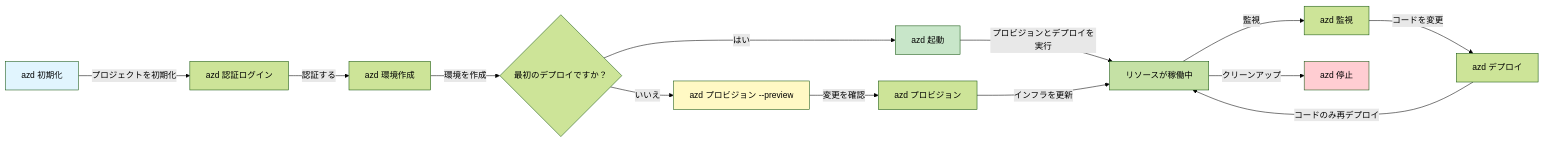
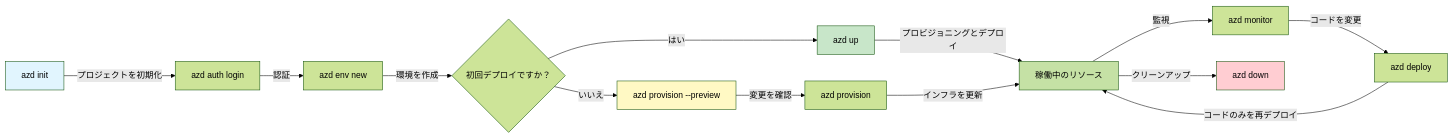
One commit to microsoft/AZD-for-beginners changed the first of 2 diagrams in translations/ja/docs/chapter-01-foundation/azd-basics.md. Above: the diagram before and after it, drawn with Mermaid (forest theme). The commit also changed other lines of this file and 101 other files, not shown here.

````diff
--- a/translations/ja/docs/chapter-01-foundation/azd-basics.md
+++ b/translations/ja/docs/chapter-01-foundation/azd-basics.md
@@ -269,21 +271,21 @@
 ```mermaid
 graph LR
-    A[azd 初期化] -->|プロジェクトを初期化| B[azd 認証ログイン]
-    B -->|認証する| C[azd 環境作成]
-    C -->|環境を作成| D{最初のデプロイですか？}
-    D -->|はい| E[azd 起動]
-    D -->|いいえ| F[azd プロビジョン --preview]
-    F -->|変更を確認| G[azd プロビジョン]
-    E -->|プロビジョンとデプロイを実行| H[リソースが稼働中]
+    A[azd init] -->|プロジェクトを初期化| B[azd auth login]
+    B -->|認証| C[azd env new]
+    C -->|環境を作成| D{初回デプロイですか？}
+    D -->|はい| E[azd up]
+    D -->|いいえ| F[azd provision --preview]
+    F -->|変更を確認| G[azd provision]
+    E -->|プロビジョニングとデプロイ| H[稼働中のリソース]
     G -->|インフラを更新| H
-    H -->|監視| I[azd 監視]
-    I -->|コードを変更| J[azd デプロイ]
-    J -->|コードのみ再デプロイ| H
-    H -->|クリーンアップ| K[azd 停止]
+    H -->|監視| I[azd monitor]
+    I -->|コードを変更| J[azd deploy]
+    J -->|コードのみを再デプロイ| H
+    H -->|クリーンアップ| K[azd down]
     
     style A fill:#e1f5fe
     style E fill:#c8e6c9
     style F fill:#fff9c4
     style H fill:#c5e1a5
     style K fill:#ffcdd2
 ```
````
